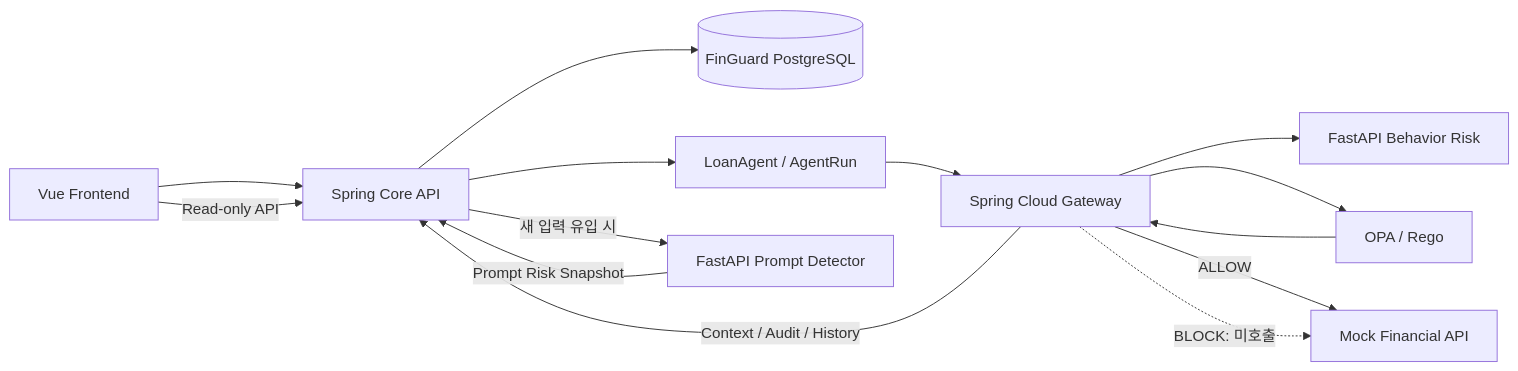
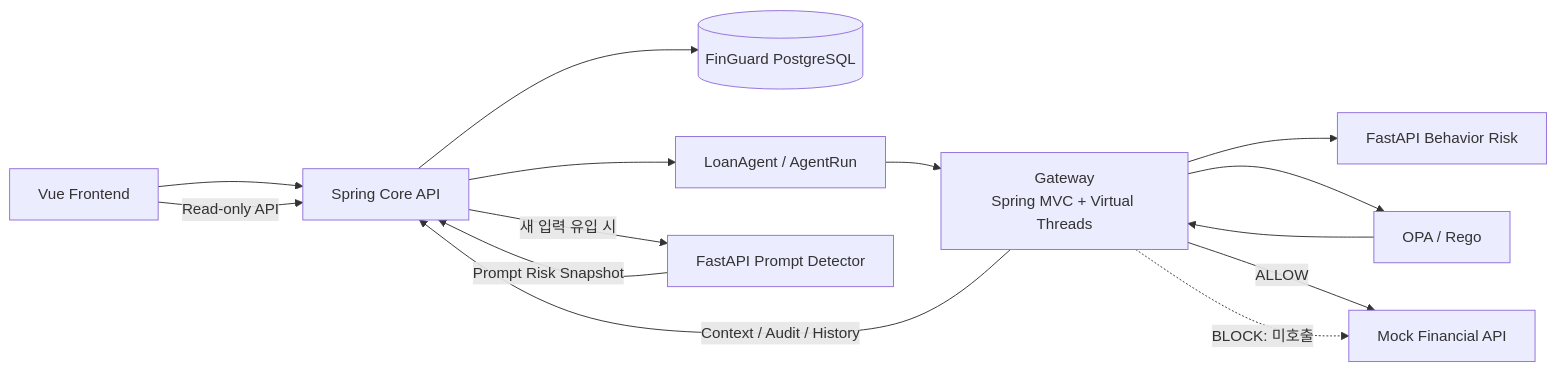
Before and after one commit to FinGuardName/FinBound: the second of 5 diagrams in docs/02-architecture.md, drawn with Mermaid. The commit also changed other lines of this file and 1 other file, not shown here.

First line of the commit message:
docs: Gateway 스택 결정을 ADR로 기록하고 명칭을 정리

````diff
--- a/docs/02-architecture.md
+++ b/docs/02-architecture.md
@@ -54,21 +54,21 @@
 ```mermaid
 flowchart LR
     FE[Vue Frontend] --> CORE[Spring Core API]
     CORE --> DB[(FinGuard PostgreSQL)]
     CORE --> AG[LoanAgent / AgentRun]
 
-    AG --> GW[Spring Cloud Gateway]
+    AG --> GW[Gateway<br/>Spring MVC + Virtual Threads]
 
     GW -->|Context / Audit / History| CORE
     GW --> BEH[FastAPI Behavior Risk]
     CORE -->|새 입력 유입 시| PR[FastAPI Prompt Detector]
     PR -->|Prompt Risk Snapshot| CORE
 
     GW --> OPA[OPA / Rego]
     OPA --> GW
 
     GW -->|ALLOW| MF[Mock Financial API]
     GW -.->|BLOCK: 미호출| MF
 
     FE -->|Read-only API| CORE
 ```
````
